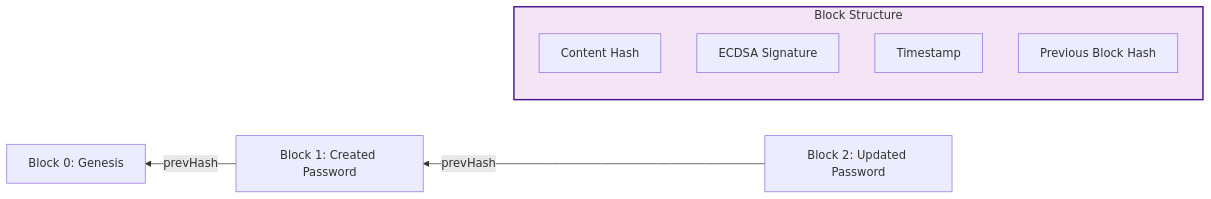
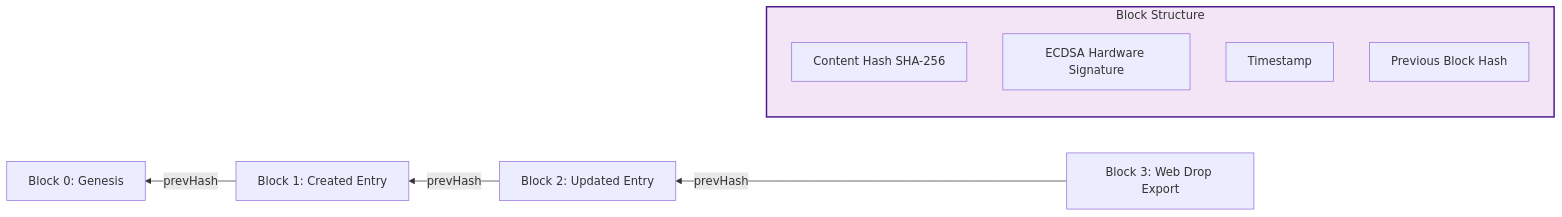
One commit to dwinsi/kunjika changed the second of 3 diagrams in docs/security.md. Above: the diagram before and after it, drawn with Mermaid. The commit also changed other lines of this file and 17 other files, not shown here.

````diff
--- a/docs/security.md
+++ b/docs/security.md
@@ -48,18 +62,20 @@
 ```mermaid
 graph RL
     B1[Block 0: Genesis]
-    B2[Block 1: Created Password]
-    B3[Block 2: Updated Password]
+    B2[Block 1: Created Entry]
+    B3[Block 2: Updated Entry]
+    B4[Block 3: Web Drop Export]
     
     B2 -- "prevHash" --> B1
     B3 -- "prevHash" --> B2
+    B4 -- "prevHash" --> B3
 
     subgraph Block ["Block Structure"]
-        H[Content Hash]
-        S[ECDSA Signature]
+        H[Content Hash SHA-256]
+        S[ECDSA Hardware Signature]
         T[Timestamp]
         P[Previous Block Hash]
     end
     
     style Block fill:#f3e5f5,stroke:#4a148c,stroke-width:2px
 ```
````
